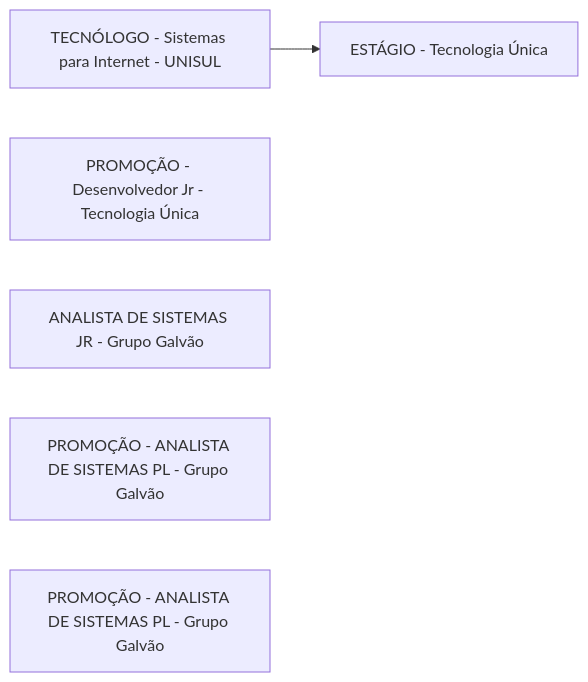
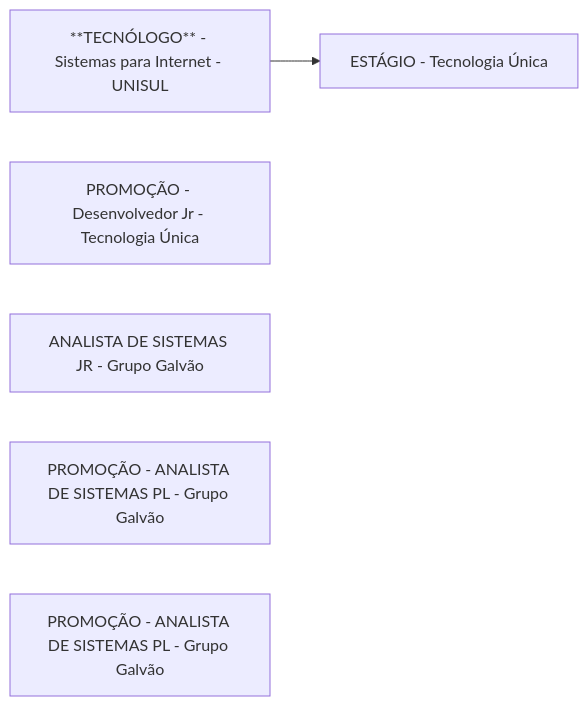
The diagram in Advanced-Business-Development-with-.NET/1º-Semestre/Aula-01-%2D-Introdução-e-Apresentação/Apresentação-do-Professor.md (rafsp/Graduacao_FIAP), drawn with Mermaid before and after one commit.

Commit message:
Updated Apresentação do Professor

```diff
--- a/Advanced-Business-Development-with-.NET/1º-Semestre/Aula-01-%2D-Introdução-e-Apresentação/Apresentação-do-Professor.md
+++ b/Advanced-Business-Development-with-.NET/1º-Semestre/Aula-01-%2D-Introdução-e-Apresentação/Apresentação-do-Professor.md
@@ -1,10 +1,10 @@
 ::: mermaid
 flowchart LR;
-a[TECNÓLOGO - Sistemas para Internet - UNISUL]
+a[**TECNÓLOGO** - Sistemas para Internet - UNISUL]
 b[ESTÁGIO - Tecnologia Única];
 c[PROMOÇÃO - Desenvolvedor Jr - Tecnologia Única];
 d[ANALISTA DE SISTEMAS JR - Grupo Galvão];
 e[PROMOÇÃO - ANALISTA DE SISTEMAS PL - Grupo Galvão];
 f[PROMOÇÃO - ANALISTA DE SISTEMAS PL - Grupo Galvão];
 a-->b;
 :::
```
